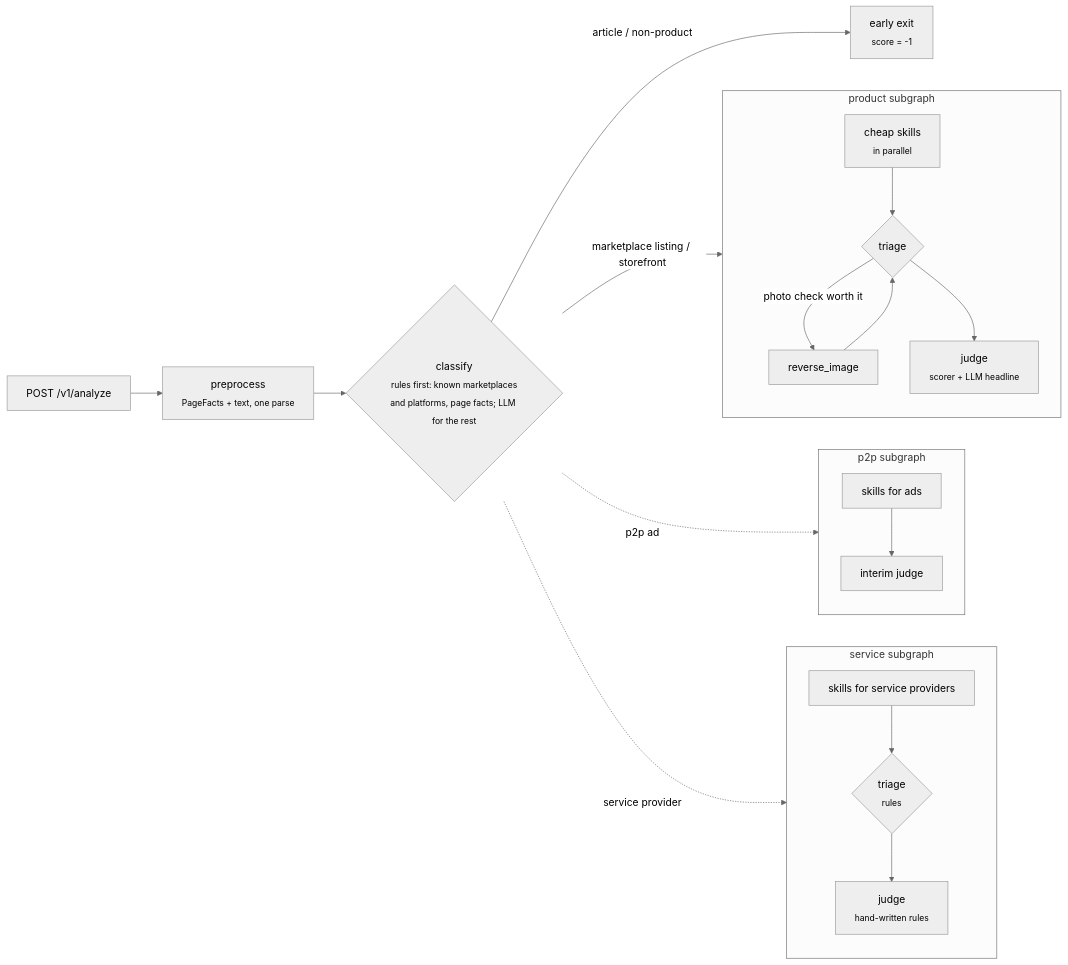
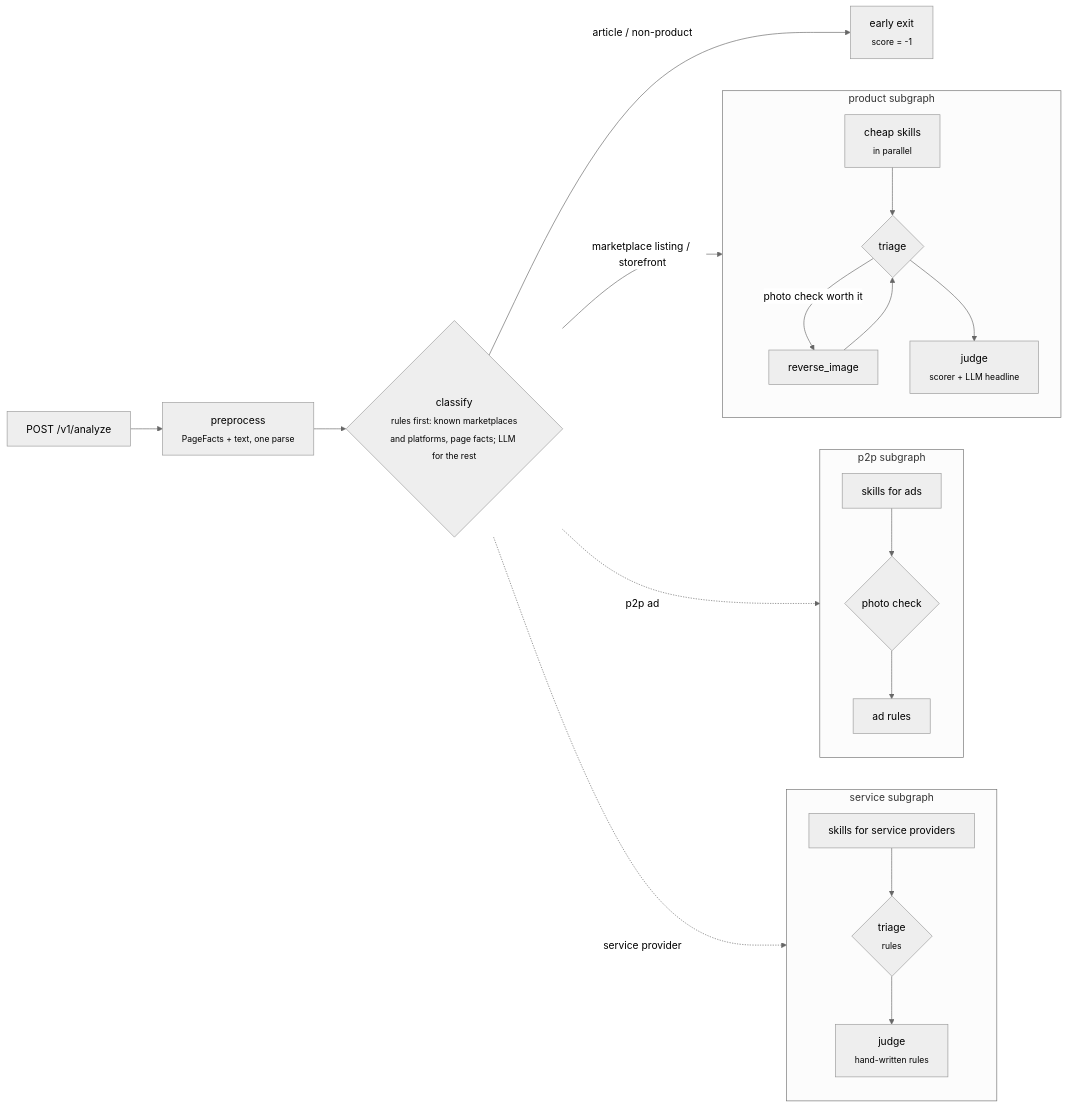
Before and after one commit to kroshtan/unfret_backend: the diagram in README.md, drawn with Mermaid (neutral theme). The commit also changed other lines of this file and 42 other files, not shown here.

First line of the commit message:
Peer-to-peer ads: platform extractors, four ad skills, the ad store and a full verdict

````diff
--- a/README.md
+++ b/README.md
@@ -23,19 +23,19 @@
 ```mermaid
 flowchart LR
     A[POST /v1/analyze] --> P[preprocess<br/><sub>PageFacts + text, one parse</sub>]
     P --> C{classify<br/><sub>rules first: known marketplaces<br/>and platforms, page facts; LLM for the rest</sub>}
     C -- article / non-product --> X[early exit<br/><sub>score = -1</sub>]
     C -- marketplace listing / storefront --> PR
     C -. p2p ad .-> PP
     C -. service provider .-> SV
     subgraph PR [product subgraph]
         S[cheap skills<br/><sub>in parallel</sub>] --> T{triage} -- photo check worth it --> R[reverse_image] --> T
         T --> J[judge<br/><sub>scorer + LLM headline</sub>]
     end
     subgraph PP [p2p subgraph]
-        S2[skills for ads] --> J2[interim judge]
+        S2[skills for ads] --> T2{photo check} --> J2[ad rules]
     end
     subgraph SV [service subgraph]
         S3[skills for service providers] --> T3{triage<br/><sub>rules</sub>} --> J3[judge<br/><sub>hand-written rules</sub>]
     end
 ```
````
